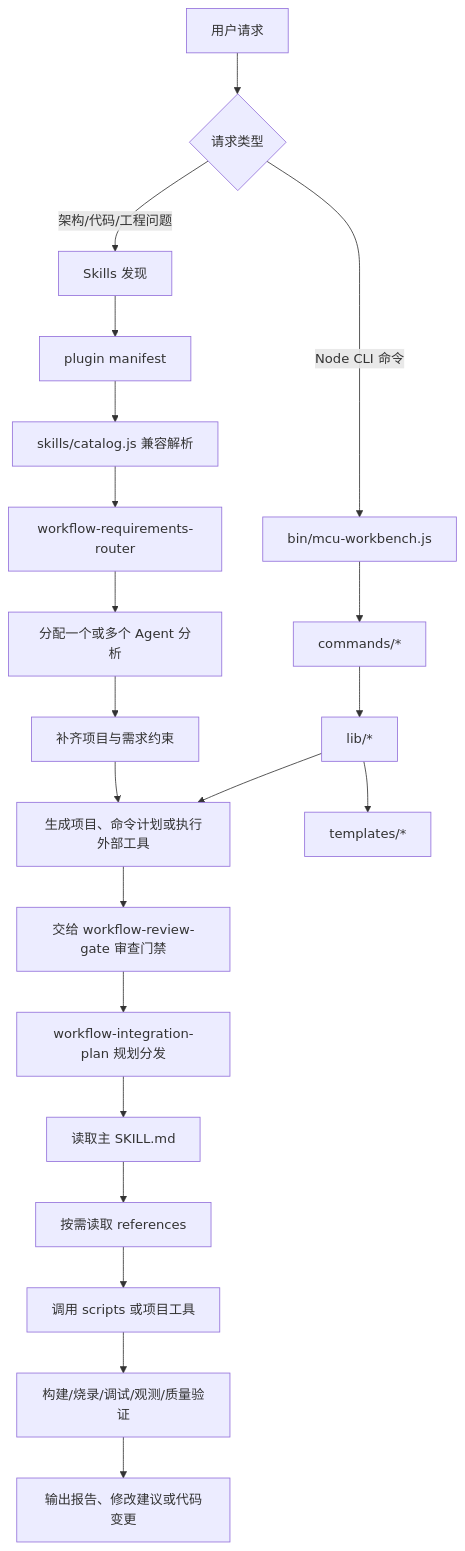
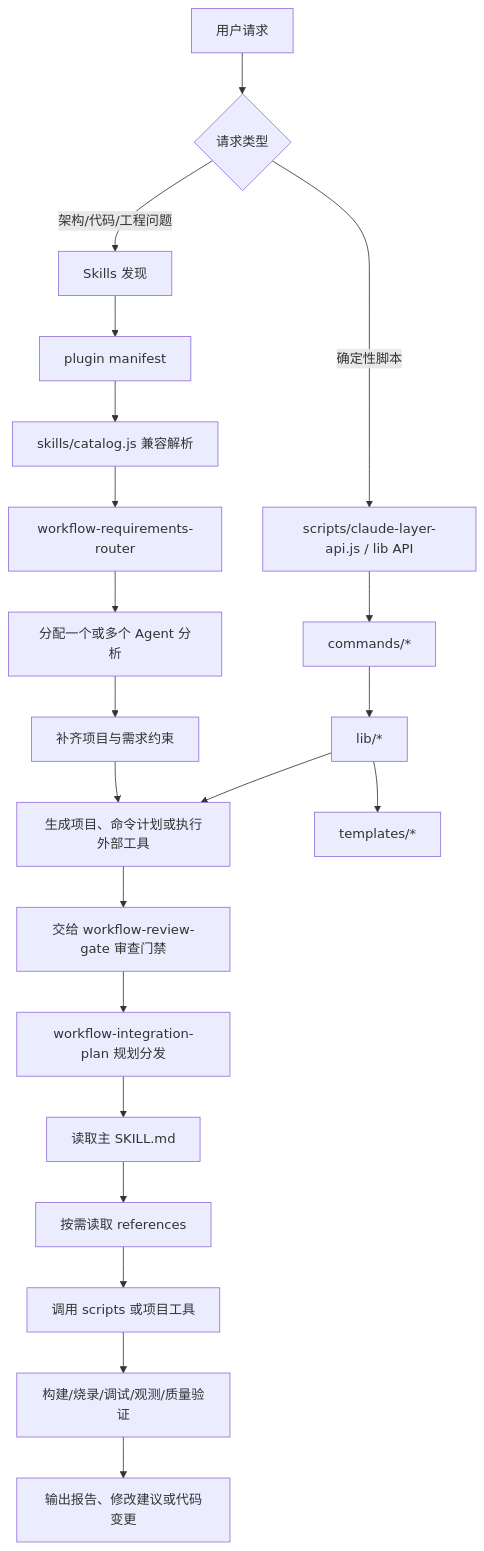
Before and after one commit to shuai-yemao/mcu-workbench: the first of 2 diagrams in docs/plugin-execution-flow.md, drawn with Mermaid. The commit also changed other lines of this file and 28 other files, not shown here.

First line of the commit message:
refactor(plugin): 移除 Node CLI,交互统一走 Skill + lib API

````diff
--- a/docs/plugin-execution-flow.md
+++ b/docs/plugin-execution-flow.md
@@ -7,26 +7,26 @@
 ```mermaid
 flowchart TD
     U[用户请求] --> D{请求类型}
 
     D -->|架构/代码/工程问题| S0[Skills 发现]
-    D -->|Node CLI 命令| N0[bin/mcu-workbench.js]
+    D -->|确定性脚本| N0[scripts/claude-layer-api.js / lib API]
 
     S0 --> M[plugin manifest]
     M --> C[skills/catalog.js 兼容解析]
     C --> R[workflow-requirements-router]
     R --> A[分配一个或多个 Agent 分析]
     A --> Q[补齐项目与需求约束]
     Q --> P[生成需求约束包提示词]
     P --> S[交给 workflow-review-gate 审查门禁]
     S --> S2[workflow-integration-plan 规划分发]
     S2 --> G[读取主 SKILL.md]
     G --> Ref[按需读取 references]
     Ref --> Tool[调用 scripts 或项目工具]
     Tool --> V[构建/烧录/调试/观测/质量验证]
     V --> O[输出报告、修改建议或代码变更]
 
     N0 --> Cmd[commands/*]
     Cmd --> Lib[lib/*]
     Lib --> T[templates/*]
     Lib --> P[生成项目、命令计划或执行外部工具]
 ```
````
